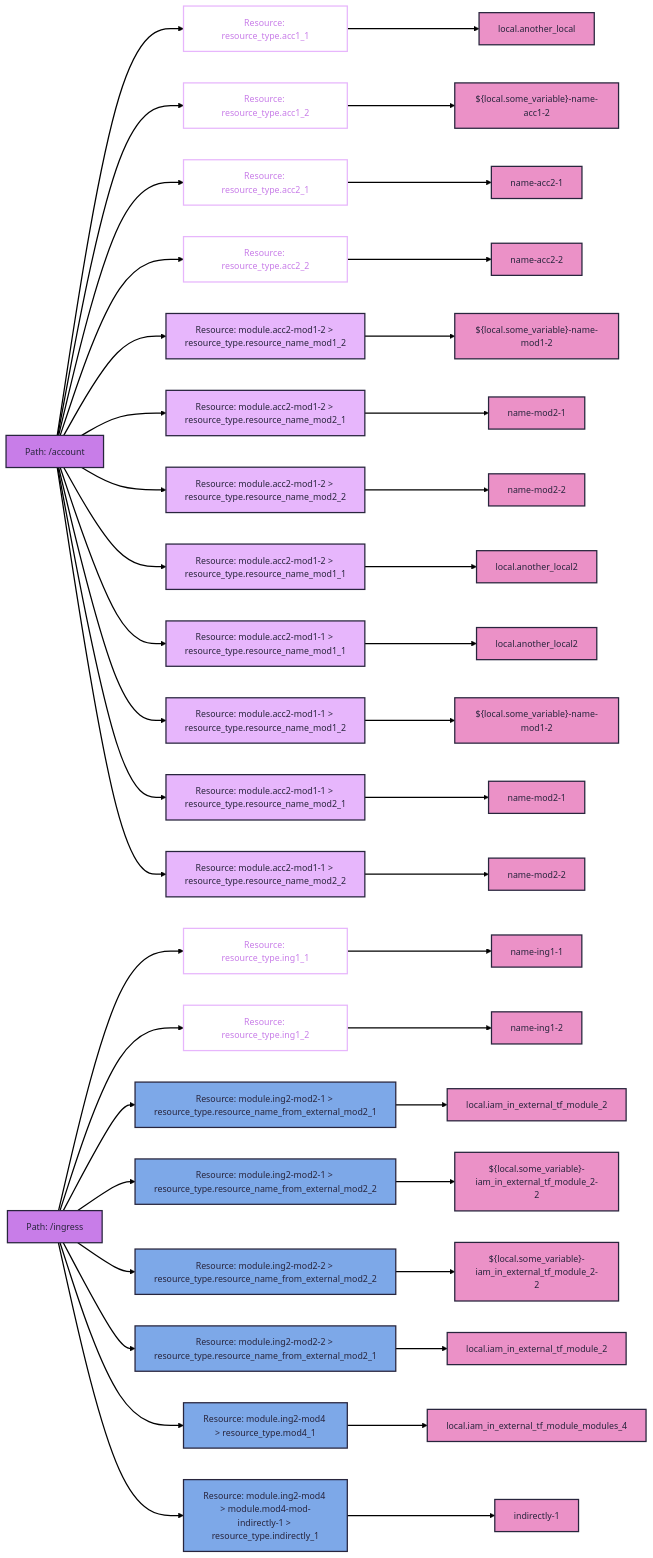
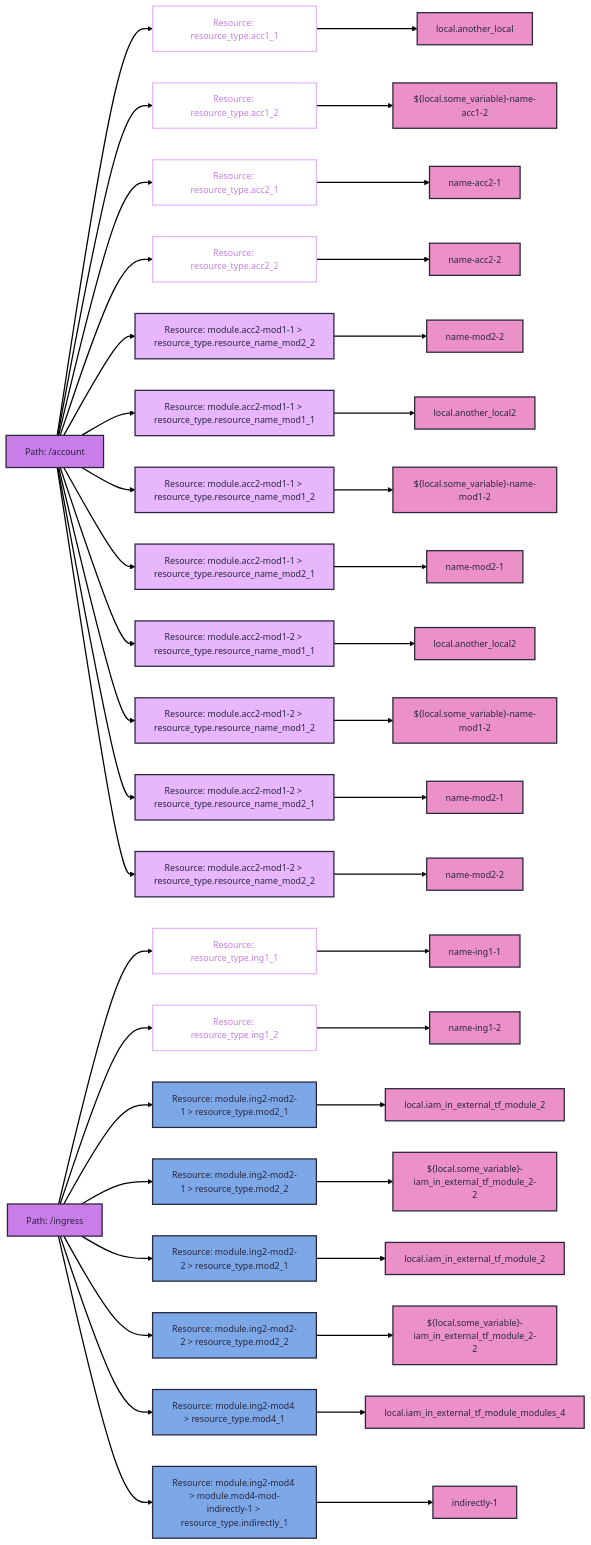
Before and after one commit to keenbytes/tfsketch: the diagram in output.mmd, drawn with Mermaid. The commit also changed 2 other files, not shown here.

```diff
--- a/output.mmd
+++ b/output.mmd
@@ -1,30 +1,30 @@
 ---
 config:
   theme: redux
 ---
 flowchart LR
   classDef tf-path fill:#c87de8
   classDef tf-resource-name stroke:#e7b6fc,color:#c87de8
   classDef tf-resource-name-int-mod fill:#e7b6fc
   classDef tf-resource-name-ext-mod fill:#7da8e8
   classDef tf-resource-field-name fill:#eb91c7
   account["Path: /account"]:::tf-path --> account___acc11["Resource: resource_type.acc1_1"]:::tf-resource-name --> account___acc11___FieldName["local.another_local"]:::tf-resource-field-name
   account["Path: /account"]:::tf-path --> account___acc12["Resource: resource_type.acc1_2"]:::tf-resource-name --> account___acc12___FieldName["${local.some_variable}-name-acc1-2"]:::tf-resource-field-name
   account["Path: /account"]:::tf-path --> account___acc21["Resource: resource_type.acc2_1"]:::tf-resource-name --> account___acc21___FieldName["name-acc2-1"]:::tf-resource-field-name
   account["Path: /account"]:::tf-path --> account___acc22["Resource: resource_type.acc2_2"]:::tf-resource-name --> account___acc22___FieldName["name-acc2-2"]:::tf-resource-field-name
+  account["Path: /account"]:::tf-path --> account___mod___accountmodulesmodule1___acc2mod11___resourcenamemod22["Resource: module.acc2-mod1-1 > resource_type.resource_name_mod2_2"]:::tf-resource-name-int-mod --> account___mod___accountmodulesmodule1___acc2mod11___resourcenamemod22___FieldName["name-mod2-2"]:::tf-resource-field-name
+  account["Path: /account"]:::tf-path --> account___mod___accountmodulesmodule1___acc2mod11___resourcenamemod11["Resource: module.acc2-mod1-1 > resource_type.resource_name_mod1_1"]:::tf-resource-name-int-mod --> account___mod___accountmodulesmodule1___acc2mod11___resourcenamemod11___FieldName["local.another_local2"]:::tf-resource-field-name
+  account["Path: /account"]:::tf-path --> account___mod___accountmodulesmodule1___acc2mod11___resourcenamemod12["Resource: module.acc2-mod1-1 > resource_type.resource_name_mod1_2"]:::tf-resource-name-int-mod --> account___mod___accountmodulesmodule1___acc2mod11___resourcenamemod12___FieldName["${local.some_variable}-name-mod1-2"]:::tf-resource-field-name
+  account["Path: /account"]:::tf-path --> account___mod___accountmodulesmodule1___acc2mod11___resourcenamemod21["Resource: module.acc2-mod1-1 > resource_type.resource_name_mod2_1"]:::tf-resource-name-int-mod --> account___mod___accountmodulesmodule1___acc2mod11___resourcenamemod21___FieldName["name-mod2-1"]:::tf-resource-field-name
+  account["Path: /account"]:::tf-path --> account___mod___accountmodulesmodule1___acc2mod12___resourcenamemod11["Resource: module.acc2-mod1-2 > resource_type.resource_name_mod1_1"]:::tf-resource-name-int-mod --> account___mod___accountmodulesmodule1___acc2mod12___resourcenamemod11___FieldName["local.another_local2"]:::tf-resource-field-name
   account["Path: /account"]:::tf-path --> account___mod___accountmodulesmodule1___acc2mod12___resourcenamemod12["Resource: module.acc2-mod1-2 > resource_type.resource_name_mod1_2"]:::tf-resource-name-int-mod --> account___mod___accountmodulesmodule1___acc2mod12___resourcenamemod12___FieldName["${local.some_variable}-name-mod1-2"]:::tf-resource-field-name
   account["Path: /account"]:::tf-path --> account___mod___accountmodulesmodule1___acc2mod12___resourcenamemod21["Resource: module.acc2-mod1-2 > resource_type.resource_name_mod2_1"]:::tf-resource-name-int-mod --> account___mod___accountmodulesmodule1___acc2mod12___resourcenamemod21___FieldName["name-mod2-1"]:::tf-resource-field-name
   account["Path: /account"]:::tf-path --> account___mod___accountmodulesmodule1___acc2mod12___resourcenamemod22["Resource: module.acc2-mod1-2 > resource_type.resource_name_mod2_2"]:::tf-resource-name-int-mod --> account___mod___accountmodulesmodule1___acc2mod12___resourcenamemod22___FieldName["name-mod2-2"]:::tf-resource-field-name
-  account["Path: /account"]:::tf-path --> account___mod___accountmodulesmodule1___acc2mod12___resourcenamemod11["Resource: module.acc2-mod1-2 > resource_type.resource_name_mod1_1"]:::tf-resource-name-int-mod --> account___mod___accountmodulesmodule1___acc2mod12___resourcenamemod11___FieldName["local.another_local2"]:::tf-resource-field-name
-  account["Path: /account"]:::tf-path --> account___mod___accountmodulesmodule1___acc2mod11___resourcenamemod11["Resource: module.acc2-mod1-1 > resource_type.resource_name_mod1_1"]:::tf-resource-name-int-mod --> account___mod___accountmodulesmodule1___acc2mod11___resourcenamemod11___FieldName["local.another_local2"]:::tf-resource-field-name
-  account["Path: /account"]:::tf-path --> account___mod___accountmodulesmodule1___acc2mod11___resourcenamemod12["Resource: module.acc2-mod1-1 > resource_type.resource_name_mod1_2"]:::tf-resource-name-int-mod --> account___mod___accountmodulesmodule1___acc2mod11___resourcenamemod12___FieldName["${local.some_variable}-name-mod1-2"]:::tf-resource-field-name
-  account["Path: /account"]:::tf-path --> account___mod___accountmodulesmodule1___acc2mod11___resourcenamemod21["Resource: module.acc2-mod1-1 > resource_type.resource_name_mod2_1"]:::tf-resource-name-int-mod --> account___mod___accountmodulesmodule1___acc2mod11___resourcenamemod21___FieldName["name-mod2-1"]:::tf-resource-field-name
-  account["Path: /account"]:::tf-path --> account___mod___accountmodulesmodule1___acc2mod11___resourcenamemod22["Resource: module.acc2-mod1-1 > resource_type.resource_name_mod2_2"]:::tf-resource-name-int-mod --> account___mod___accountmodulesmodule1___acc2mod11___resourcenamemod22___FieldName["name-mod2-2"]:::tf-resource-field-name
   ingress["Path: /ingress"]:::tf-path --> ingress___ing11["Resource: resource_type.ing1_1"]:::tf-resource-name --> ingress___ing11___FieldName["name-ing1-1"]:::tf-resource-field-name
   ingress["Path: /ingress"]:::tf-path --> ingress___ing12["Resource: resource_type.ing1_2"]:::tf-resource-name --> ingress___ing12___FieldName["name-ing1-2"]:::tf-resource-field-name
-  ingress["Path: /ingress"]:::tf-path --> ingress___mod___root___ing2mod21___resourcenamefromexternalmod21["Resource: module.ing2-mod2-1 > resource_type.resource_name_from_external_mod2_1"]:::tf-resource-name-ext-mod --> ingress___mod___root___ing2mod21___resourcenamefromexternalmod21___FieldName["local.iam_in_external_tf_module_2"]:::tf-resource-field-name
-  ingress["Path: /ingress"]:::tf-path --> ingress___mod___root___ing2mod21___resourcenamefromexternalmod22["Resource: module.ing2-mod2-1 > resource_type.resource_name_from_external_mod2_2"]:::tf-resource-name-ext-mod --> ingress___mod___root___ing2mod21___resourcenamefromexternalmod22___FieldName["${local.some_variable}-iam_in_external_tf_module_2-2"]:::tf-resource-field-name
-  ingress["Path: /ingress"]:::tf-path --> ingress___mod___root___ing2mod22___resourcenamefromexternalmod22["Resource: module.ing2-mod2-2 > resource_type.resource_name_from_external_mod2_2"]:::tf-resource-name-ext-mod --> ingress___mod___root___ing2mod22___resourcenamefromexternalmod22___FieldName["${local.some_variable}-iam_in_external_tf_module_2-2"]:::tf-resource-field-name
-  ingress["Path: /ingress"]:::tf-path --> ingress___mod___root___ing2mod22___resourcenamefromexternalmod21["Resource: module.ing2-mod2-2 > resource_type.resource_name_from_external_mod2_1"]:::tf-resource-name-ext-mod --> ingress___mod___root___ing2mod22___resourcenamefromexternalmod21___FieldName["local.iam_in_external_tf_module_2"]:::tf-resource-field-name
+  ingress["Path: /ingress"]:::tf-path --> ingress___mod___root___ing2mod21___mod21["Resource: module.ing2-mod2-1 > resource_type.mod2_1"]:::tf-resource-name-ext-mod --> ingress___mod___root___ing2mod21___mod21___FieldName["local.iam_in_external_tf_module_2"]:::tf-resource-field-name
+  ingress["Path: /ingress"]:::tf-path --> ingress___mod___root___ing2mod21___mod22["Resource: module.ing2-mod2-1 > resource_type.mod2_2"]:::tf-resource-name-ext-mod --> ingress___mod___root___ing2mod21___mod22___FieldName["${local.some_variable}-iam_in_external_tf_module_2-2"]:::tf-resource-field-name
+  ingress["Path: /ingress"]:::tf-path --> ingress___mod___root___ing2mod22___mod21["Resource: module.ing2-mod2-2 > resource_type.mod2_1"]:::tf-resource-name-ext-mod --> ingress___mod___root___ing2mod22___mod21___FieldName["local.iam_in_external_tf_module_2"]:::tf-resource-field-name
+  ingress["Path: /ingress"]:::tf-path --> ingress___mod___root___ing2mod22___mod22["Resource: module.ing2-mod2-2 > resource_type.mod2_2"]:::tf-resource-name-ext-mod --> ingress___mod___root___ing2mod22___mod22___FieldName["${local.some_variable}-iam_in_external_tf_module_2-2"]:::tf-resource-field-name
   ingress["Path: /ingress"]:::tf-path --> ingress___mod___root___ing2mod4___mod41["Resource: module.ing2-mod4 > resource_type.mod4_1"]:::tf-resource-name-ext-mod --> ingress___mod___root___ing2mod4___mod41___FieldName["local.iam_in_external_tf_module_modules_4"]:::tf-resource-field-name
   ingress["Path: /ingress"]:::tf-path --> ingress___mod___root___mod4modindirectly1___indirectly1["Resource: module.ing2-mod4 > module.mod4-mod-indirectly-1 > resource_type.indirectly_1"]:::tf-resource-name-ext-mod --> ingress___mod___root___mod4modindirectly1___indirectly1___FieldName["indirectly-1"]:::tf-resource-field-name
```
